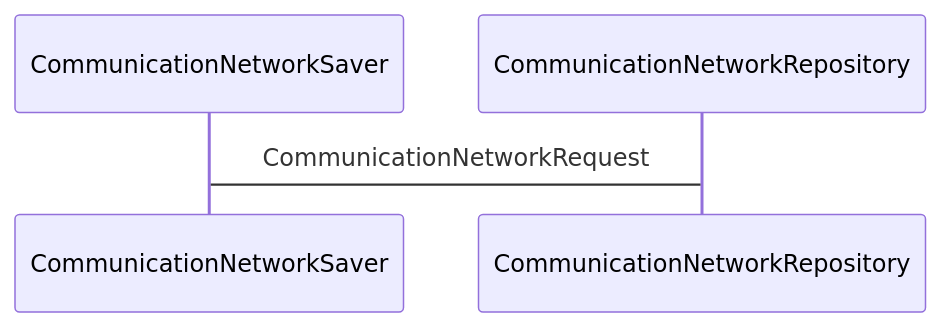
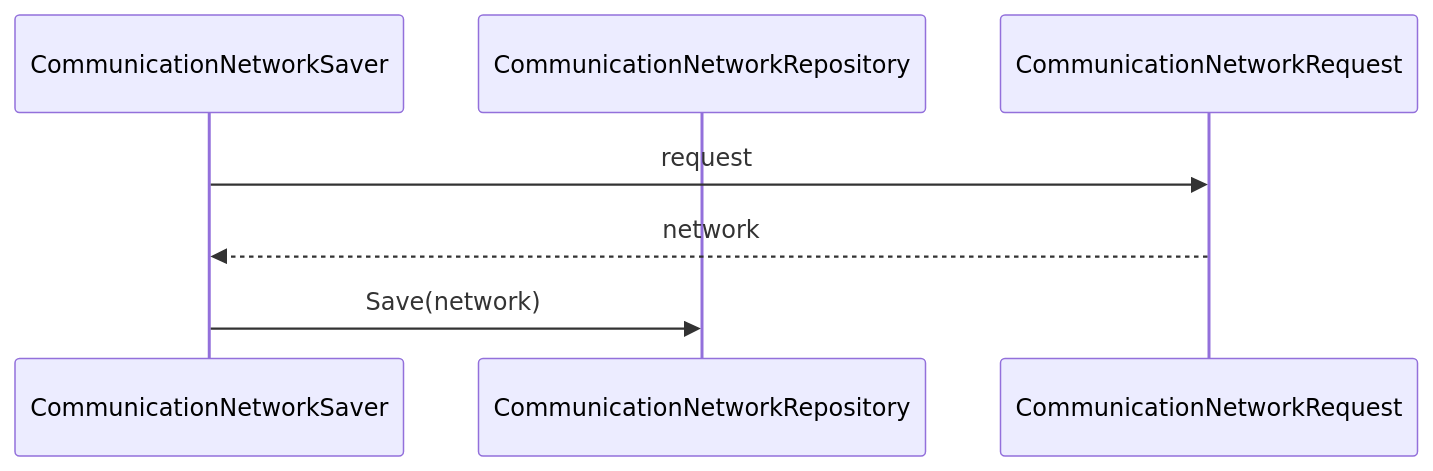
The diagram in docs/services/modules/networks/application/save/CommunicationNetworSaver.md (fraruiz/spy-mensseger), drawn with Mermaid before and after one commit. The commit also changed other lines of this file and 3 other files, not shown here.

`````diff
--- a/docs/services/modules/networks/application/save/CommunicationNetworSaver.md
+++ b/docs/services/modules/networks/application/save/CommunicationNetworSaver.md
@@ -8,8 +8,11 @@
 ````mermaid
 sequenceDiagram
     participant CommunicationNetworkSaver
     participant CommunicationNetworkRepository
-    CommunicationNetworkSaver -> CommunicationNetworkRepository: CommunicationNetworkRequest
+    participant CommunicationNetworkRequest
+    CommunicationNetworkSaver->> CommunicationNetworkRequest: request
+    CommunicationNetworkRequest -->>CommunicationNetworkSaver: network
+    CommunicationNetworkSaver ->> CommunicationNetworkRepository: Save(network)
     
     
 ````
`````
